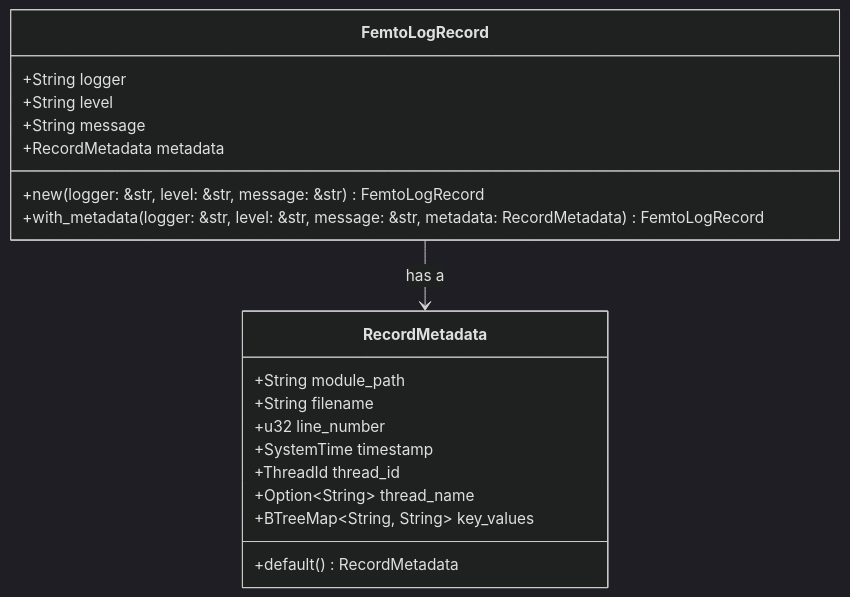
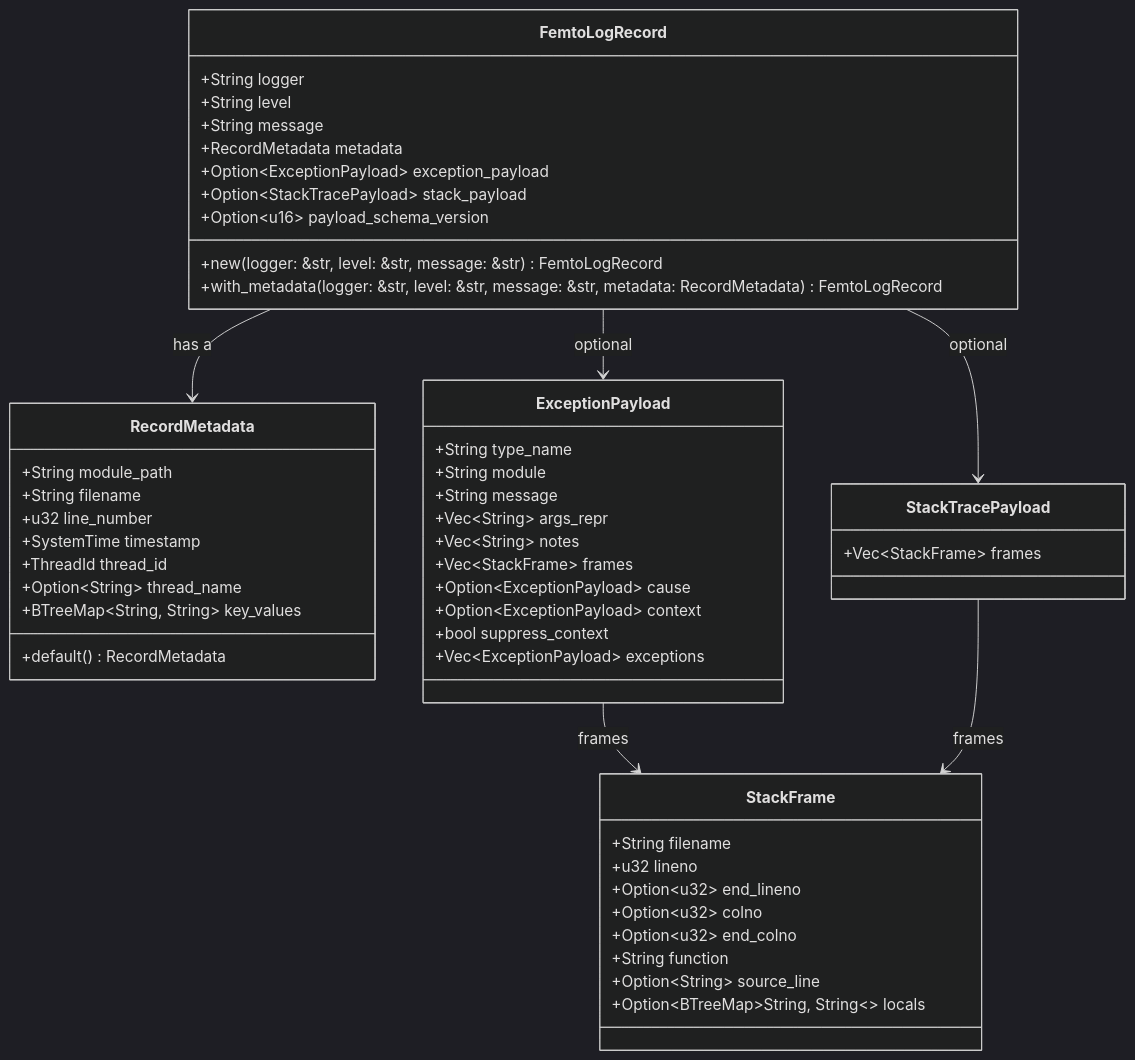
One commit to leynos/femtologging changed the third of 5 diagrams in docs/rust-multithreaded-logging-framework-for-python-design.md. Above: the diagram before and after it, drawn with Mermaid (dark theme). The commit also changed other lines of this file and 3 other files, not shown here.

````diff
--- a/docs/rust-multithreaded-logging-framework-for-python-design.md
+++ b/docs/rust-multithreaded-logging-framework-for-python-design.md
@@ -444,22 +481,54 @@
 ```mermaid
 classDiagram
     class FemtoLogRecord {
         +String logger
         +String level
         +String message
         +RecordMetadata metadata
+        +Option~ExceptionPayload~ exception_payload
+        +Option~StackTracePayload~ stack_payload
+        +Option~u16~ payload_schema_version
         +new(logger: &str, level: &str, message: &str) FemtoLogRecord
         +with_metadata(logger: &str, level: &str, message: &str, metadata: RecordMetadata) FemtoLogRecord
     }
     class RecordMetadata {
         +String module_path
         +String filename
         +u32 line_number
         +SystemTime timestamp
         +ThreadId thread_id
         +Option~String~ thread_name
         +BTreeMap~String, String~ key_values
         +default() RecordMetadata
     }
+    class ExceptionPayload {
+        +String type_name
+        +String module
+        +String message
+        +Vec~String~ args_repr
+        +Vec~String~ notes
+        +Vec~StackFrame~ frames
+        +Option~ExceptionPayload~ cause
+        +Option~ExceptionPayload~ context
+        +bool suppress_context
+        +Vec~ExceptionPayload~ exceptions
+    }
+    class StackTracePayload {
+        +Vec~StackFrame~ frames
+    }
+    class StackFrame {
+        +String filename
+        +u32 lineno
+        +Option~u32~ end_lineno
+        +Option~u32~ colno
+        +Option~u32~ end_colno
+        +String function
+        +Option~String~ source_line
+        +Option~BTreeMap~String, String~~ locals
+    }
     FemtoLogRecord --> RecordMetadata : has a
+    FemtoLogRecord --> ExceptionPayload : optional
+    FemtoLogRecord --> StackTracePayload : optional
+    ExceptionPayload --> StackFrame : frames
+    StackTracePayload --> StackFrame : frames
 ```
````
